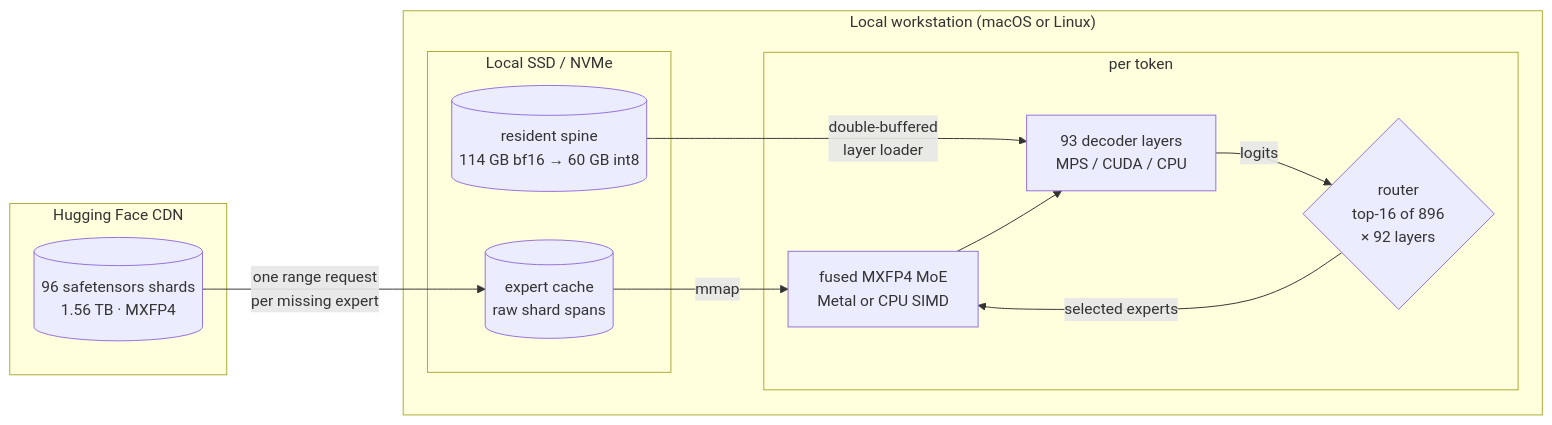
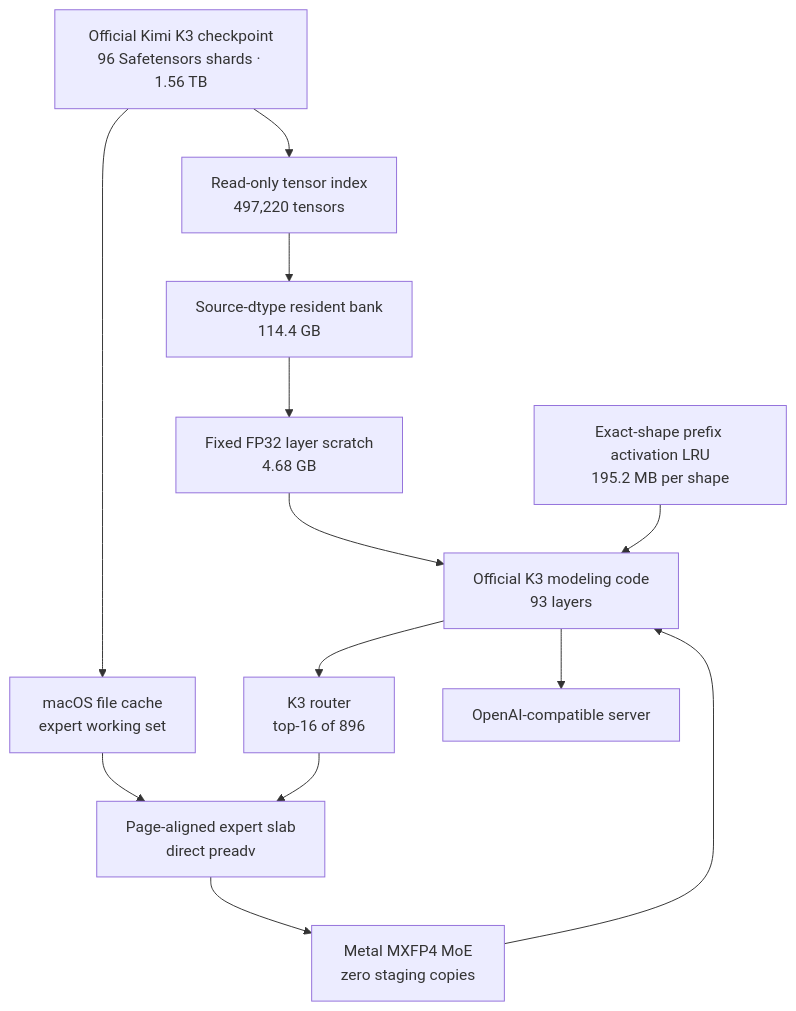
The diagram in README.md (kiojuvr/deltafin), drawn with Mermaid before and after one commit. The commit also changed other lines of this file, not shown here.

````diff
--- a/README.md
+++ b/README.md
@@ -285,23 +167,28 @@
 ```mermaid
-flowchart LR
-    subgraph HF["Hugging Face CDN"]
-        W[("96 safetensors shards<br/>1.56 TB · MXFP4")]
-    end
-    subgraph HOST["Local workstation (macOS or Linux)"]
-        subgraph DISK["Local SSD / NVMe"]
-            SP[("resident spine<br/>114 GB bf16 → 60 GB int8")]
-            EC[("expert cache<br/>raw shard spans")]
-        end
-        subgraph TOK["per token"]
-            R{"router<br/>top-16 of 896<br/>× 92 layers"}
-            L["93 decoder layers<br/>MPS / CUDA / CPU"]
-            K["fused MXFP4 MoE<br/>Metal or CPU SIMD"]
-        end
-    end
-    W -- "one range request<br/>per missing expert" --> EC
-    SP -- "double-buffered<br/>layer loader" --> L
-    EC -- "mmap" --> K
-    R -- "selected experts" --> K
-    K --> L
-    L -- "logits" --> R
+flowchart TD
+    CKPT["Official Kimi K3 checkpoint<br/>96 Safetensors shards · 1.56 TB"]
+
+    INDEX["Read-only tensor index<br/>497,220 tensors"]
+    RESIDENT["Source-dtype resident bank<br/>114.4 GB"]
+    SCRATCH["Fixed FP32 layer scratch<br/>4.68 GB"]
+    ROUTER["K3 router<br/>top-16 of 896"]
+    SLAB["Page-aligned expert slab<br/>direct preadv"]
+    METAL["Metal MXFP4 MoE<br/>zero staging copies"]
+    CACHE["macOS file cache<br/>expert working set"]
+    PREFIX["Exact-shape prefix activation LRU<br/>195.2 MB per shape"]
+    MODEL["Official K3 modeling code<br/>93 layers"]
+    API["OpenAI-compatible server"]
+
+    CKPT --> INDEX
+    INDEX --> RESIDENT
+    RESIDENT --> SCRATCH
+    CKPT --> CACHE
+    CACHE --> SLAB
+    ROUTER --> SLAB
+    SLAB --> METAL
+    SCRATCH --> MODEL
+    METAL --> MODEL
+    PREFIX --> MODEL
+    MODEL --> ROUTER
+    MODEL --> API
 ```
````
